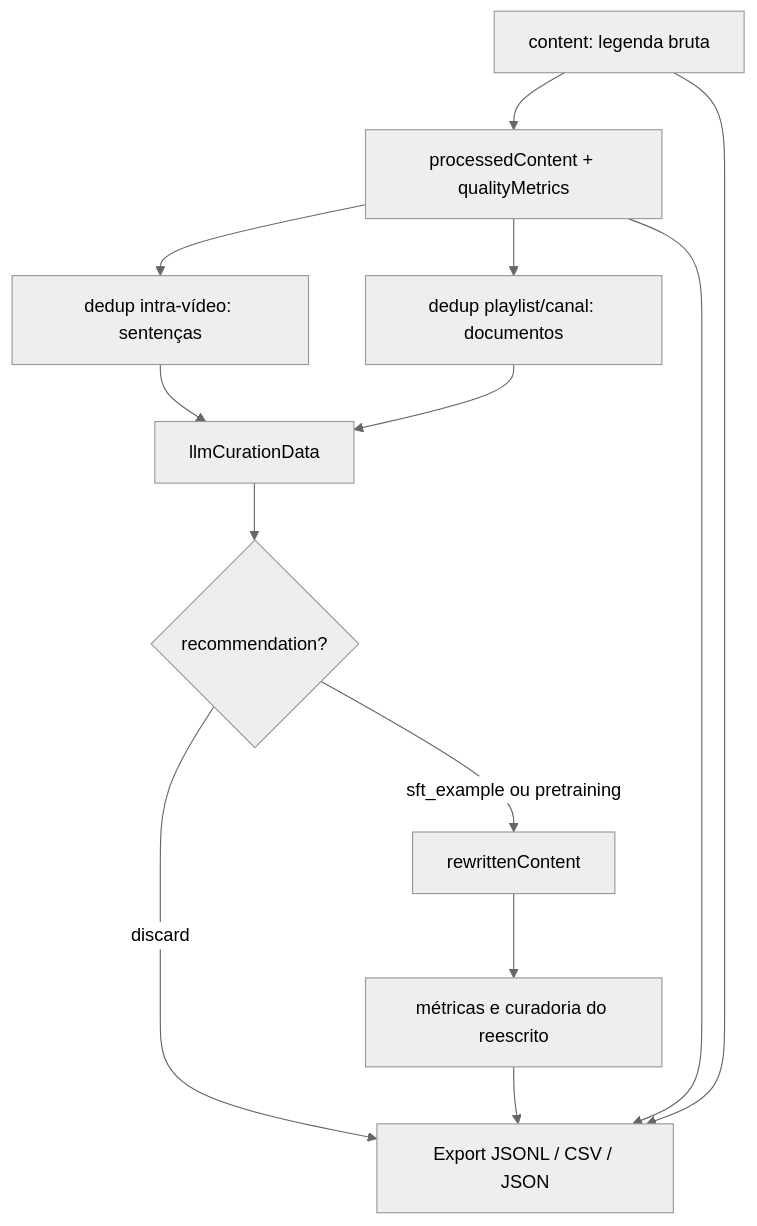
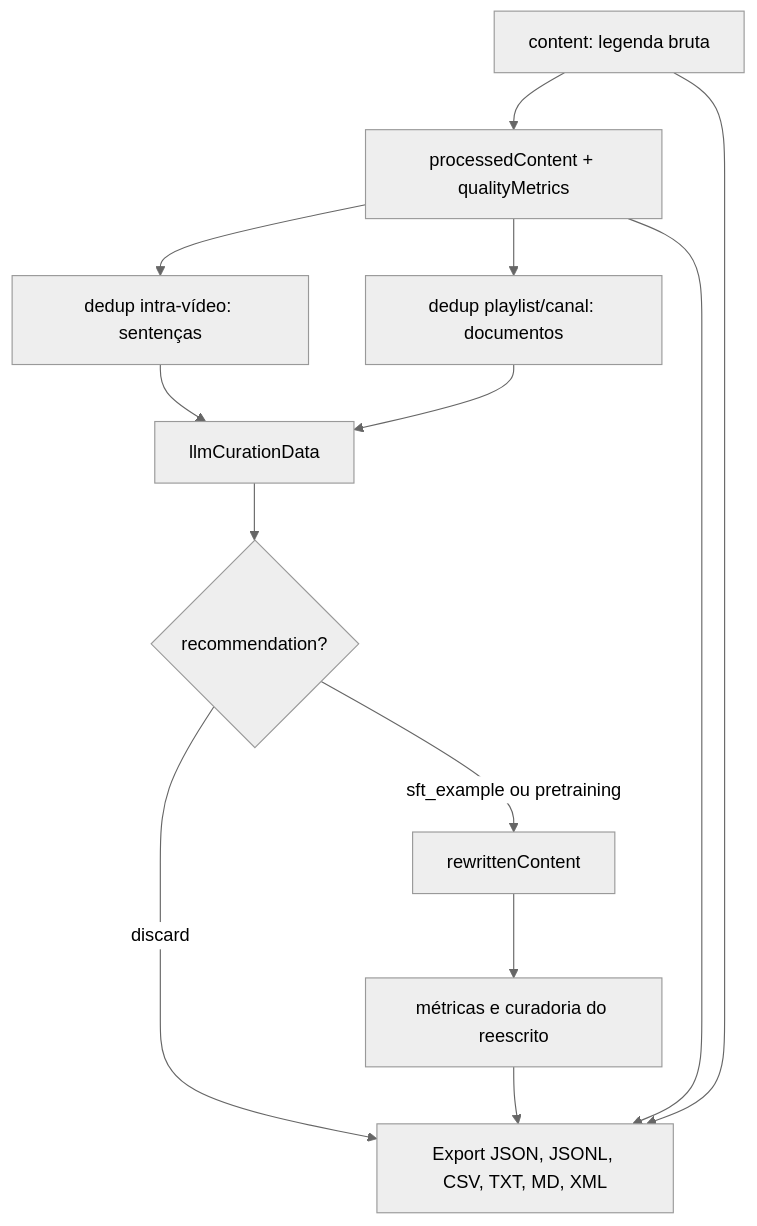
The third of 3 diagrams in docs/ARQUITETURA_E_METODOLOGIA.md (MiguelBizzi/transcribe-x), drawn with Mermaid (neutral theme) before and after one commit. The commit also changed other lines of this file and 17 other files, not shown here.

````diff
--- a/docs/ARQUITETURA_E_METODOLOGIA.md
+++ b/docs/ARQUITETURA_E_METODOLOGIA.md
@@ -264,25 +264,25 @@
 ```mermaid
 flowchart TD
     raw[content: legenda bruta]
     clean[processedContent + qualityMetrics]
     dedupV[dedup intra-vídeo: sentenças]
     dedupP[dedup playlist/canal: documentos]
     curate[llmCurationData]
     discard{recommendation?}
     wrap[rewrittenContent]
     metrics2[métricas e curadoria do reescrito]
-    export[Export JSONL / CSV / JSON]
+    export[Export JSON, JSONL, CSV, TXT, MD, XML]
 
     raw --> clean
     clean --> dedupV
     clean --> dedupP
     dedupV --> curate
     dedupP --> curate
     curate --> discard
     discard -->|discard| export
     discard -->|sft_example ou pretraining| wrap
     wrap --> metrics2
     metrics2 --> export
     clean --> export
     raw --> export
 ```
````
